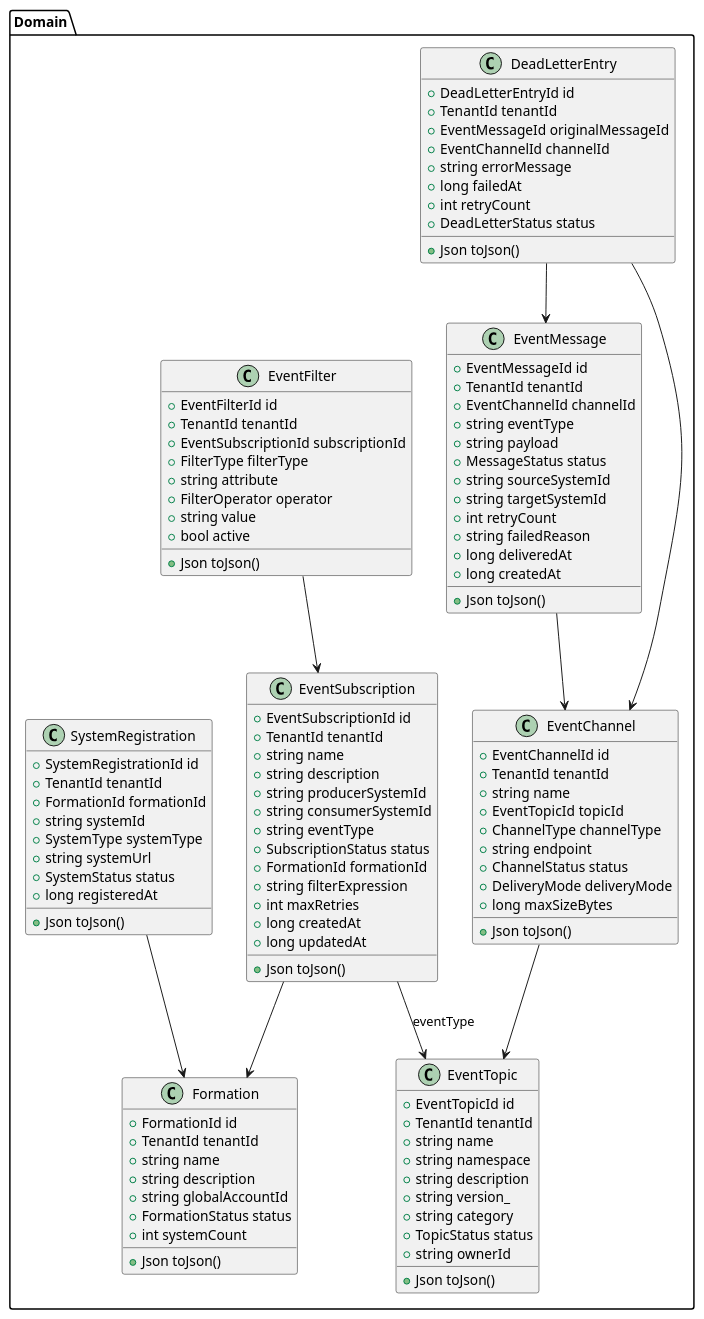
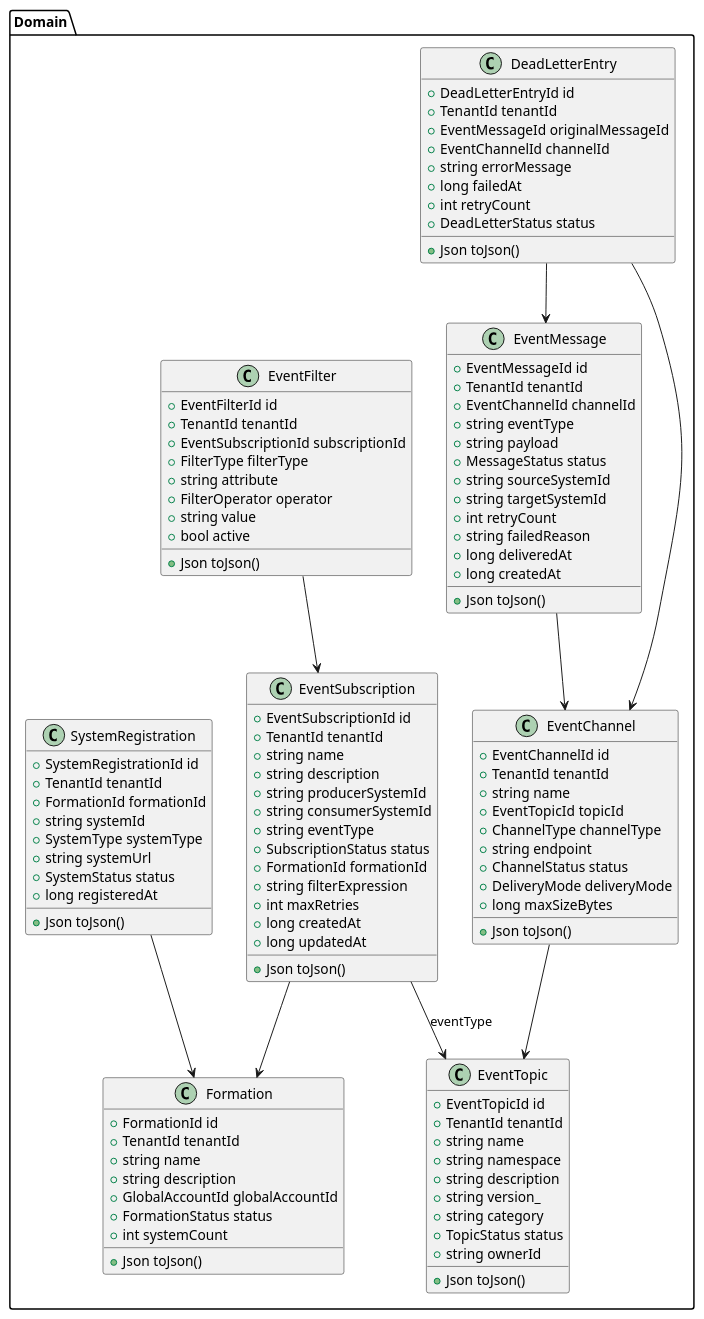
One commit to UIMSolutions/uim-platform changed the first of 3 diagrams in application-events/UML.md. Above: the diagram before and after it, drawn with PlantUML. The commit also changed 84 other files, not shown here.

```diff
--- a/application-events/UML.md
+++ b/application-events/UML.md
@@ -98,7 +98,7 @@
     +TenantId tenantId
     +string name
     +string description
-    +string globalAccountId
+    +GlobalAccountId globalAccountId
     +FormationStatus status
     +int systemCount
     +Json toJson()
```
